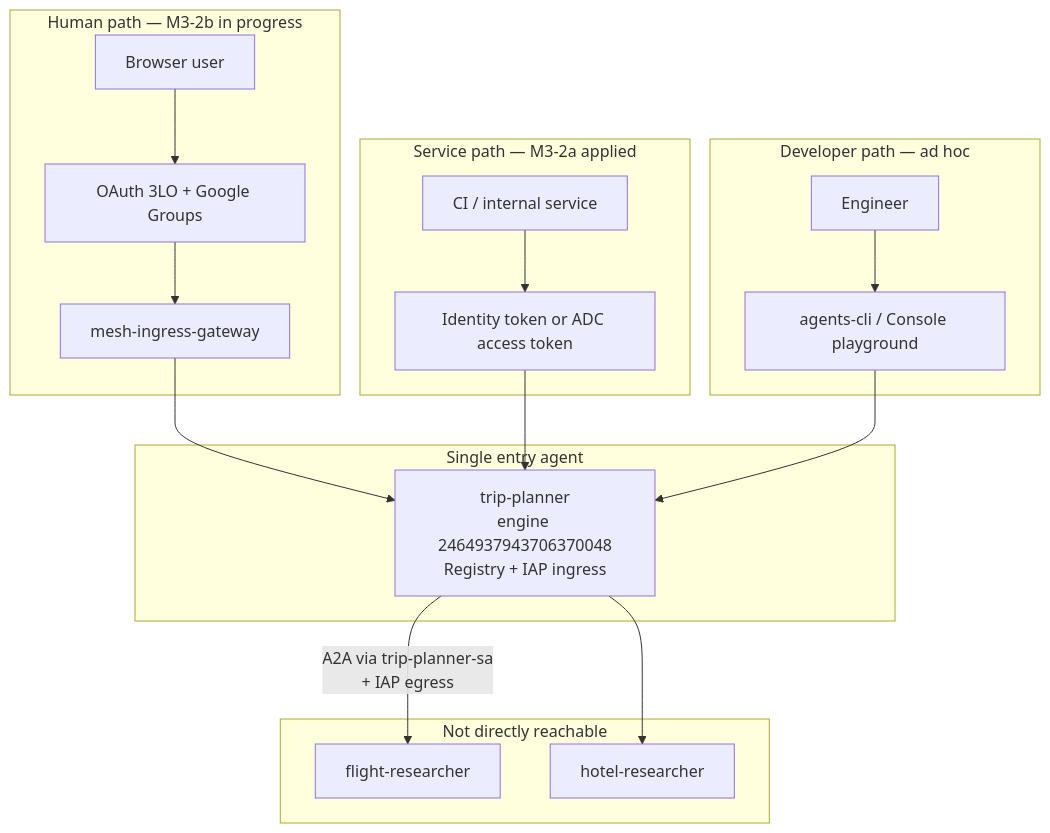
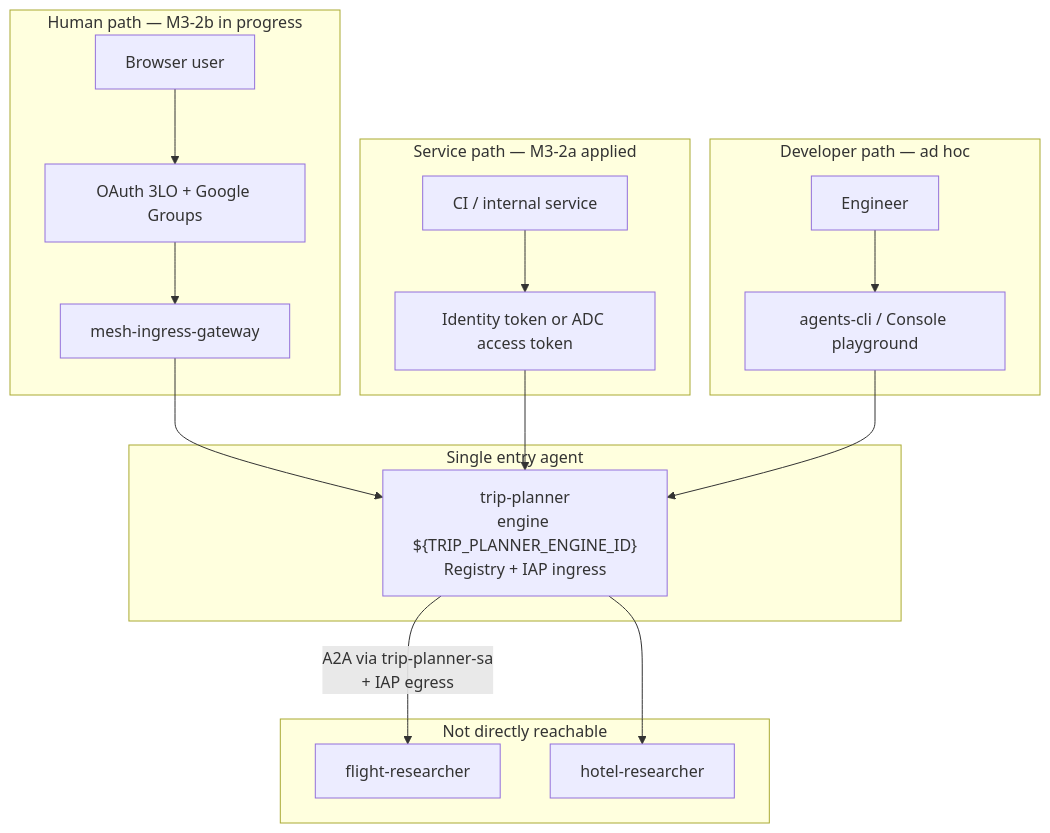
The first of 5 diagrams in docs/guides/03-auth-gateway.md (yu-iskw/agent-cli-demo), drawn with Mermaid before and after one commit. The commit also changed other lines of this file and 43 other files, not shown here.

````diff
--- a/docs/guides/03-auth-gateway.md
+++ b/docs/guides/03-auth-gateway.md
@@ -24,36 +24,36 @@
 ```mermaid
 flowchart TB
   subgraph Human["Human path — M3-2b in progress"]
     Browser["Browser user"]
     OAuth["OAuth 3LO + Google Groups"]
     IGW["mesh-ingress-gateway"]
     Browser --> OAuth --> IGW
   end
 
   subgraph Service["Service path — M3-2a applied"]
     CI["CI / internal service"]
     Token["Identity token or ADC access token"]
     CI --> Token
   end
 
   subgraph Dev["Developer path — ad hoc"]
     DevUser["Engineer"]
     CLI["agents-cli / Console playground"]
     DevUser --> CLI
   end
 
   subgraph Entry["Single entry agent"]
-    TP["trip-planner<br/>engine 2464937943706370048<br/>Registry + IAP ingress"]
+    TP["trip-planner<br/>engine ${TRIP_PLANNER_ENGINE_ID}<br/>Registry + IAP ingress"]
   end
 
   subgraph Mesh["Not directly reachable"]
     FR["flight-researcher"]
     HR["hotel-researcher"]
   end
 
   IGW --> TP
   Token --> TP
   CLI --> TP
   TP -->|"A2A via trip-planner-sa<br/>+ IAP egress"| FR
   TP --> HR
 ```
````
